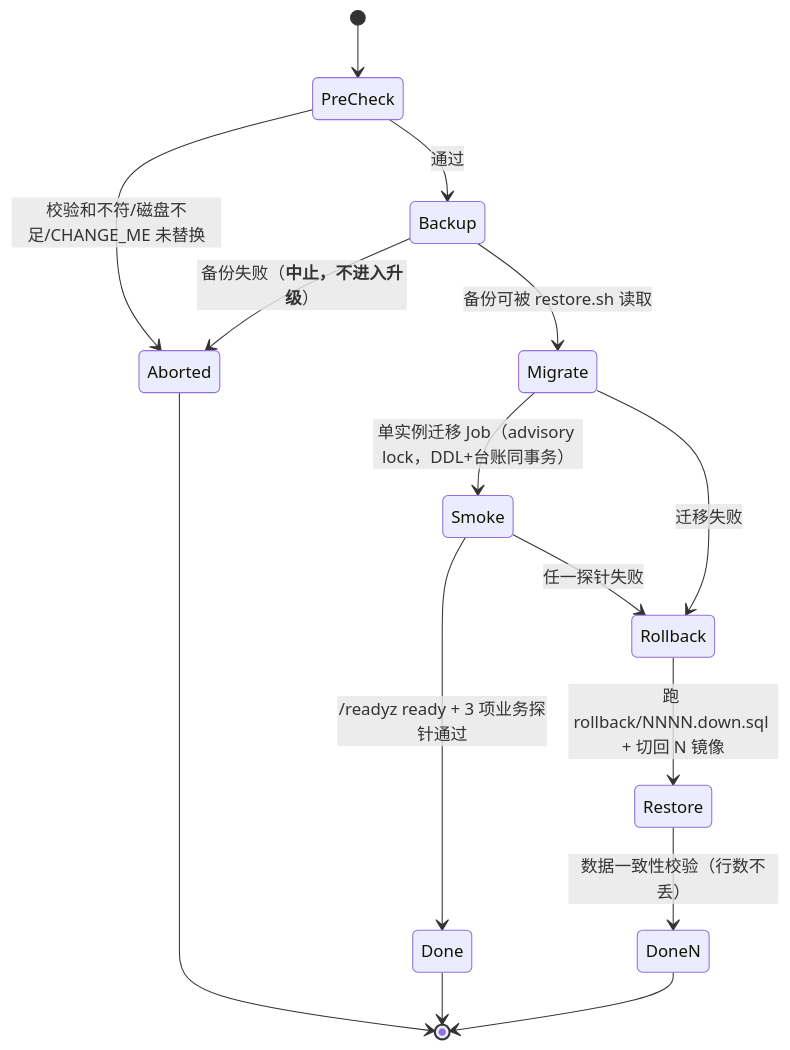
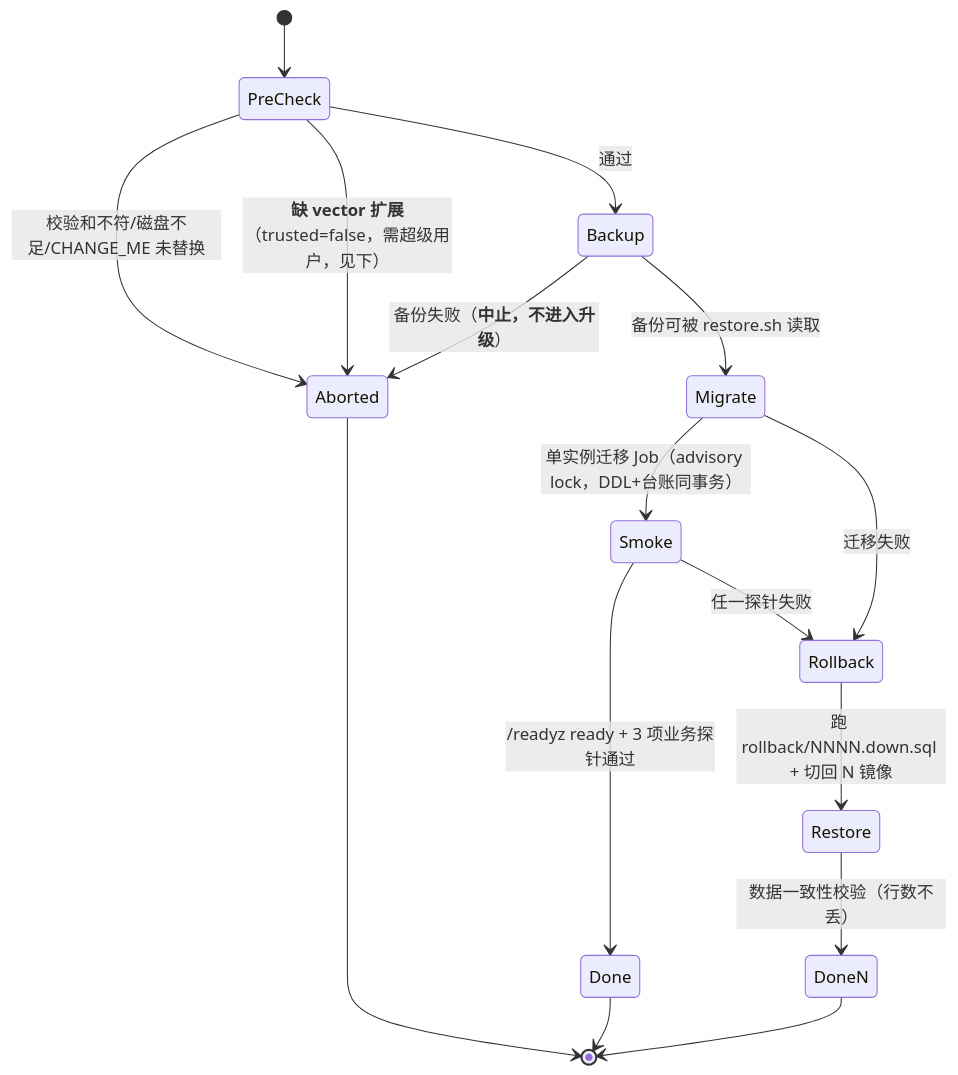
Before and after one commit to kHuner9712/MOY: the fifth of 5 diagrams in docs/architecture-phase4.md, drawn with Mermaid. The commit also changed other lines of this file and 1 other file, not shown here.

First line of the commit message:
docs(phase4): 架构补充 vector 升级预检与交付清单刷新

````diff
--- a/docs/architecture-phase4.md
+++ b/docs/architecture-phase4.md
@@ -972,17 +973,18 @@
 ```mermaid
 stateDiagram-v2
   [*] --> PreCheck
   PreCheck --> Aborted: 校验和不符/磁盘不足/CHANGE_ME 未替换
+  PreCheck --> Aborted: **缺 vector 扩展**（trusted=false，需超级用户，见下）
   PreCheck --> Backup: 通过
   Backup --> Aborted: 备份失败（**中止，不进入升级**）
   Backup --> Migrate: 备份可被 restore.sh 读取
   Migrate --> Smoke: 单实例迁移 Job（advisory lock，DDL+台账同事务）
   Migrate --> Rollback: 迁移失败
   Smoke --> Done: /readyz ready + 3 项业务探针通过
   Smoke --> Rollback: 任一探针失败
   Rollback --> Restore: 跑 rollback/NNNN.down.sql + 切回 N 镜像
   Restore --> DoneN: 数据一致性校验（行数不丢）
   Done --> [*]
   DoneN --> [*]
   Aborted --> [*]
 ```
````
